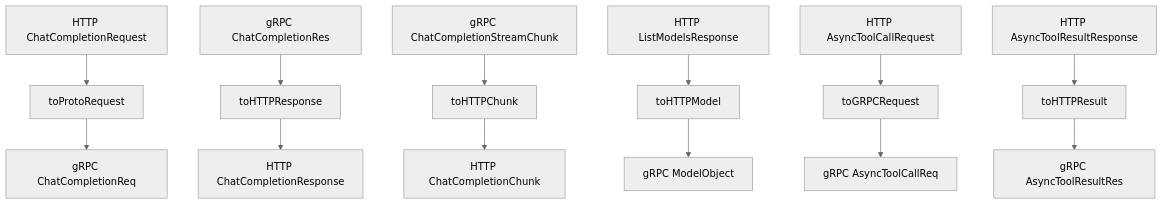
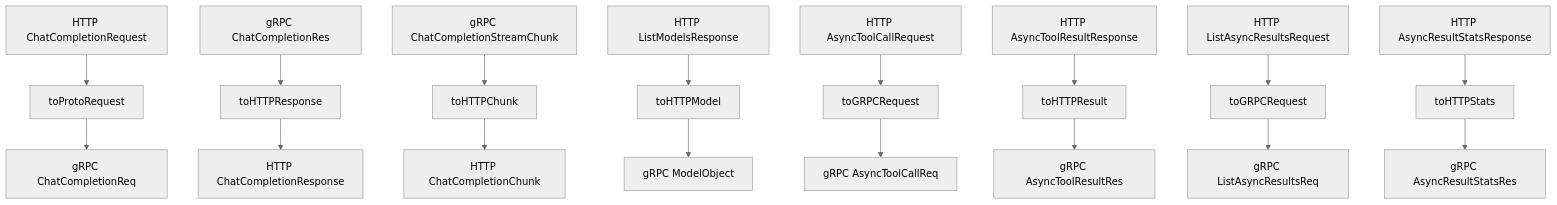
The sixth of 36 diagrams in .qoder/repowiki/zh/content/Aigtw Gateway Service.md (maomao94/zero-service), drawn with Mermaid (neutral theme) before and after one commit. The commit also changed other lines of this file and 58 other files, not shown here.

````diff
--- a/.qoder/repowiki/zh/content/Aigtw Gateway Service.md
+++ b/.qoder/repowiki/zh/content/Aigtw Gateway Service.md
@@ -312,15 +414,19 @@
 ```mermaid
 flowchart TD
 A[HTTP ChatCompletionRequest] --> B[toProtoRequest]
 B --> C[gRPC ChatCompletionReq]
 D[gRPC ChatCompletionRes] --> E[toHTTPResponse]
 E --> F[HTTP ChatCompletionResponse]
 G[gRPC ChatCompletionStreamChunk] --> H[toHTTPChunk]
 H --> I[HTTP ChatCompletionChunk]
 J[HTTP ListModelsResponse] --> K[toHTTPModel]
 K --> L[gRPC ModelObject]
 M[HTTP AsyncToolCallRequest] --> N[toGRPCRequest]
 N --> O[gRPC AsyncToolCallReq]
 P[HTTP AsyncToolResultResponse] --> Q[toHTTPResult]
 Q --> R[gRPC AsyncToolResultRes]
+S[HTTP ListAsyncResultsRequest] --> T[toGRPCRequest]
+T --> U[gRPC ListAsyncResultsReq]
+V[HTTP AsyncResultStatsResponse] --> W[toHTTPStats]
+W --> X[gRPC AsyncResultStatsRes]
 ```
````
